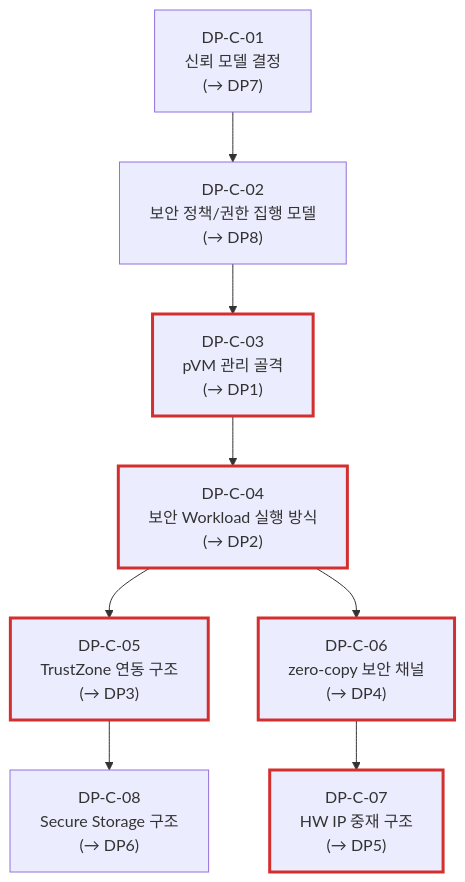
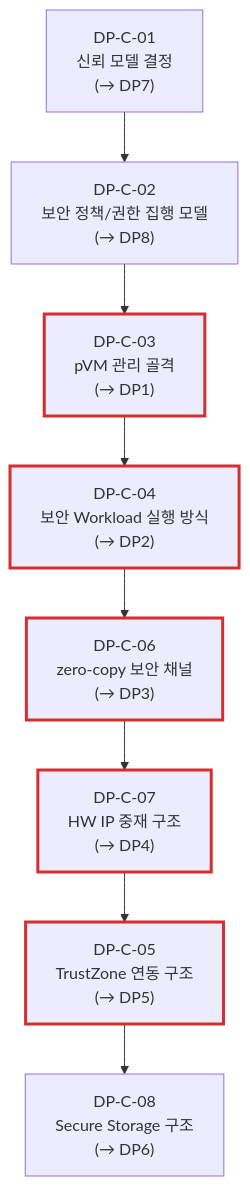
The diagram in docs/05_decision_points.md (boram1288/test-p), drawn with Mermaid before and after one commit. The commit also changed other lines of this file, not shown here.

````diff
--- a/docs/05_decision_points.md
+++ b/docs/05_decision_points.md
@@ -52,22 +52,22 @@
 ```mermaid
 flowchart TD
     DPC01["DP-C-01<br/>신뢰 모델 결정<br/>(→ DP7)"]
     DPC02["DP-C-02<br/>보안 정책/권한 집행 모델<br/>(→ DP8)"]
     DPC03["DP-C-03<br/>pVM 관리 골격<br/>(→ DP1)"]
     DPC04["DP-C-04<br/>보안 Workload 실행 방식<br/>(→ DP2)"]
-    DPC05["DP-C-05<br/>TrustZone 연동 구조<br/>(→ DP3)"]
-    DPC06["DP-C-06<br/>zero-copy 보안 채널<br/>(→ DP4)"]
-    DPC07["DP-C-07<br/>HW IP 중재 구조<br/>(→ DP5)"]
+    DPC05["DP-C-05<br/>TrustZone 연동 구조<br/>(→ DP5)"]
+    DPC06["DP-C-06<br/>zero-copy 보안 채널<br/>(→ DP3)"]
+    DPC07["DP-C-07<br/>HW IP 중재 구조<br/>(→ DP4)"]
     DPC08["DP-C-08<br/>Secure Storage 구조<br/>(→ DP6)"]
 
     classDef critical stroke:#d32f2f,stroke-width:3px
     class DPC03,DPC04,DPC06,DPC07,DPC05 critical
 
     DPC01 --> DPC02
     DPC02 --> DPC03
     DPC03 --> DPC04
-    DPC04 --> DPC05
     DPC04 --> DPC06
     DPC06 --> DPC07
+DPC07 --> DPC05
     DPC05 --> DPC08
 ```
````
